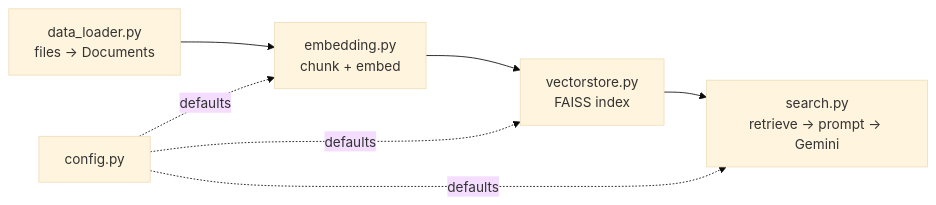
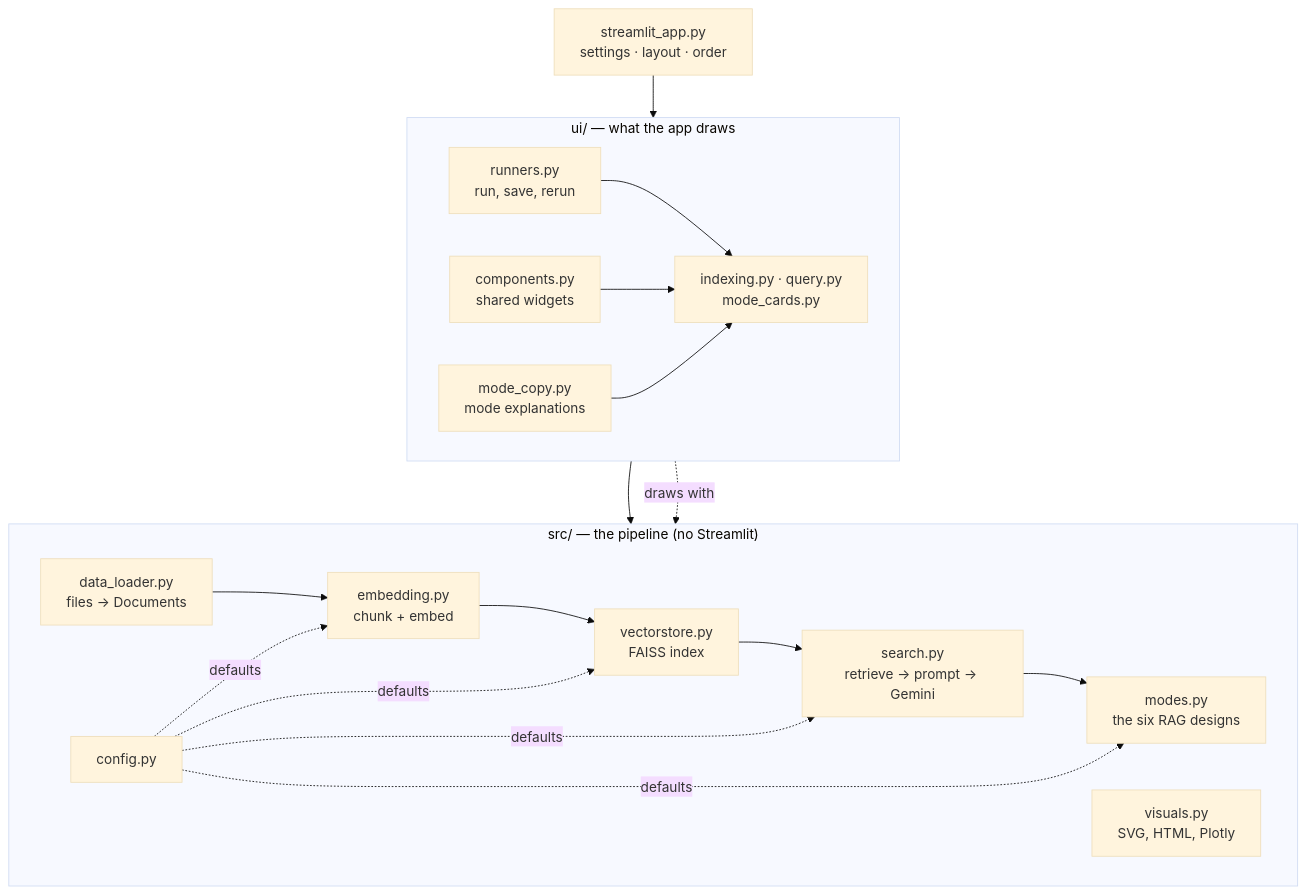
Before and after one commit to JasleenMinhas578/RAG-project: the second of 2 diagrams in README.md, drawn with Mermaid (base theme). The commit also changed other lines of this file and 4 other files, not shown here.

````diff
--- a/README.md
+++ b/README.md
@@ -249,7 +267,21 @@
 ```mermaid
-flowchart LR
-    DL[data_loader.py<br/>files → Documents] --> EP[embedding.py<br/>chunk + embed]
-    EP --> VS[vectorstore.py<br/>FAISS index]
-    VS --> RS[search.py<br/>retrieve → prompt → Gemini]
-    CFG[config.py] -.defaults.-> EP & VS & RS
+flowchart TB
+    subgraph src["src/ — the pipeline (no Streamlit)"]
+        direction LR
+        DL[data_loader.py<br/>files → Documents] --> EP[embedding.py<br/>chunk + embed]
+        EP --> VS[vectorstore.py<br/>FAISS index]
+        VS --> RS[search.py<br/>retrieve → prompt → Gemini]
+        RS --> MD[modes.py<br/>the six RAG designs]
+        CFG[config.py] -.defaults.-> EP & VS & RS & MD
+        VIS[visuals.py<br/>SVG, HTML, Plotly]
+    end
+    subgraph ui["ui/ — what the app draws"]
+        direction LR
+        RUN[runners.py<br/>run, save, rerun] --> SEC[indexing.py · query.py<br/>mode_cards.py]
+        CMP[components.py<br/>shared widgets] --> SEC
+        COPY[mode_copy.py<br/>mode explanations] --> SEC
+    end
+    APP[streamlit_app.py<br/>settings · layout · order] --> ui
+    RUN --> MD
+    SEC -.draws with.-> VIS
 ```
````
